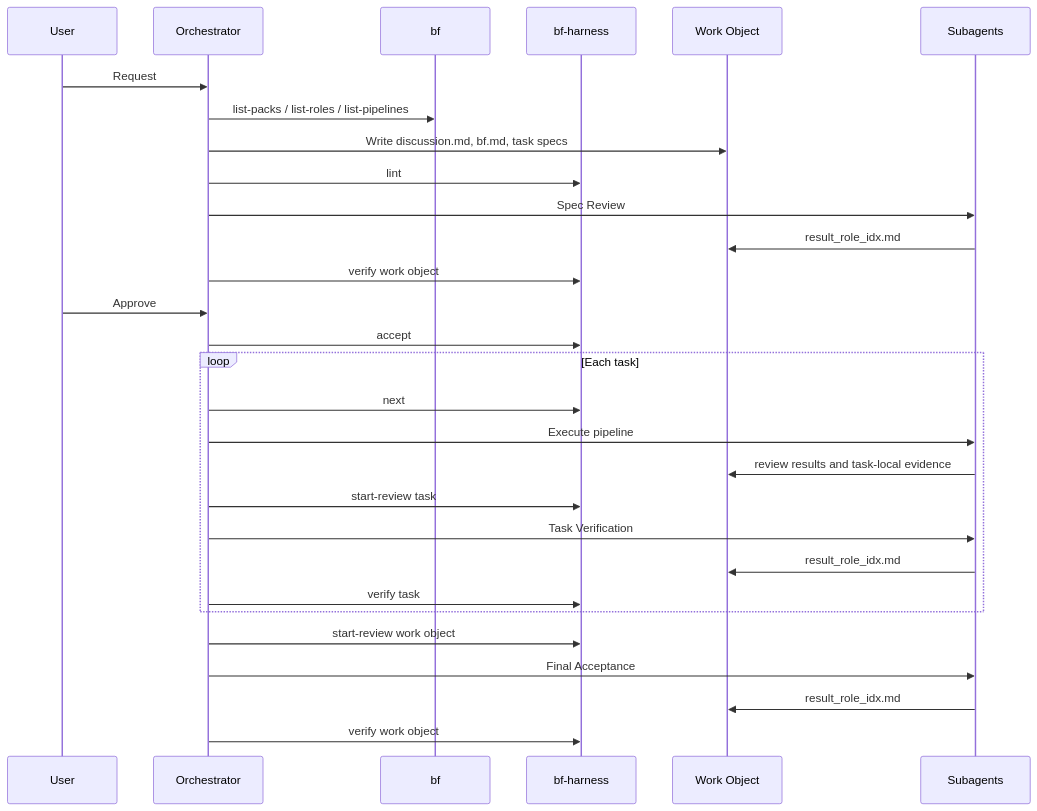
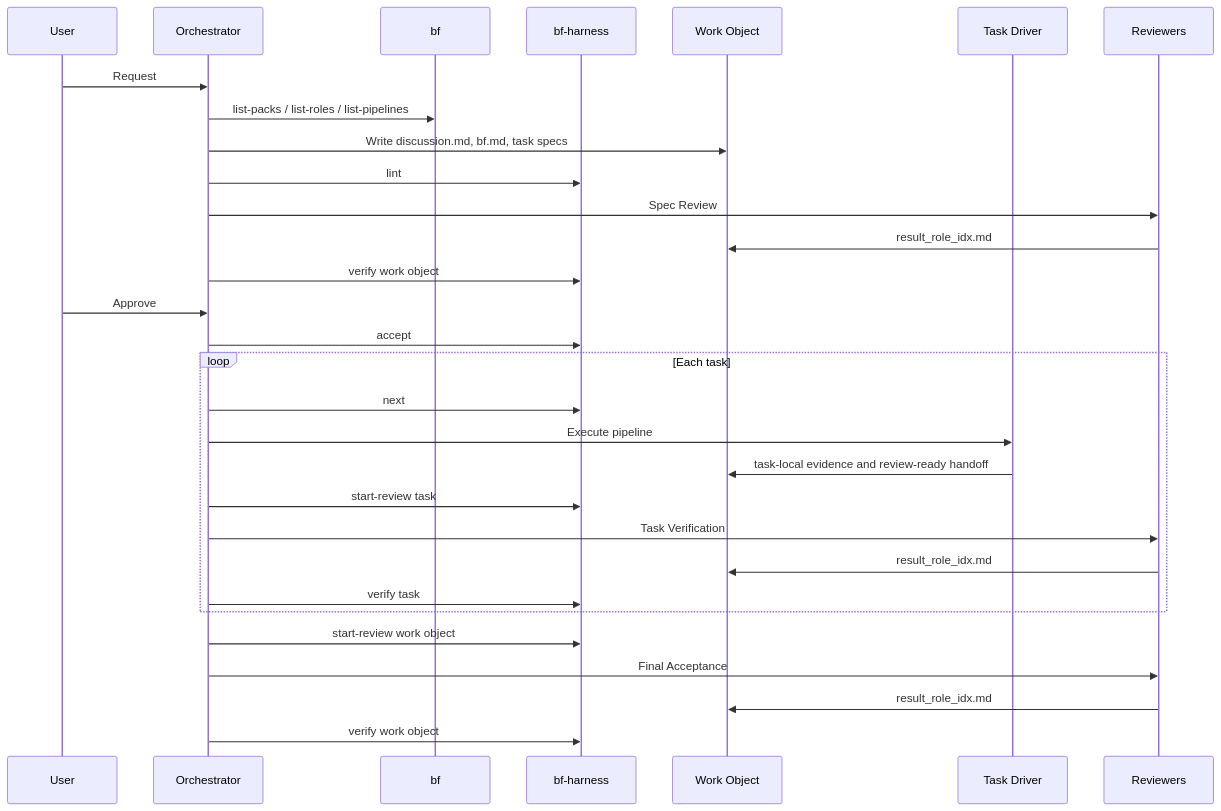
The second of 2 diagrams in docs/architecture.md (codetreker/blueprintflow), drawn with Mermaid before and after one commit. The commit also changed other lines of this file and 29 other files, not shown here.

````diff
--- a/docs/architecture.md
+++ b/docs/architecture.md
@@ -78,32 +78,33 @@
 ```mermaid
 sequenceDiagram
   participant U as User
   participant O as Orchestrator
   participant B as bf
   participant H as bf-harness
   participant W as Work Object
-  participant S as Subagents
+  participant D as Task Driver
+  participant R as Reviewers
 
   U->>O: Request
   O->>B: list-packs / list-roles / list-pipelines
   O->>W: Write discussion.md, bf.md, task specs
   O->>H: lint
-  O->>S: Spec Review
-  S->>W: result_role_idx.md
+  O->>R: Spec Review
+  R->>W: result_role_idx.md
   O->>H: verify work object
   U->>O: Approve
   O->>H: accept
   loop Each task
     O->>H: next
-    O->>S: Execute pipeline
-    S->>W: review results and task-local evidence
+    O->>D: Execute pipeline
+    D->>W: task-local evidence and review-ready handoff
     O->>H: start-review task
-    O->>S: Task Verification
-    S->>W: result_role_idx.md
+    O->>R: Task Verification
+    R->>W: result_role_idx.md
     O->>H: verify task
   end
   O->>H: start-review work object
-  O->>S: Final Acceptance
-  S->>W: result_role_idx.md
+  O->>R: Final Acceptance
+  R->>W: result_role_idx.md
   O->>H: verify work object
 ```
````
